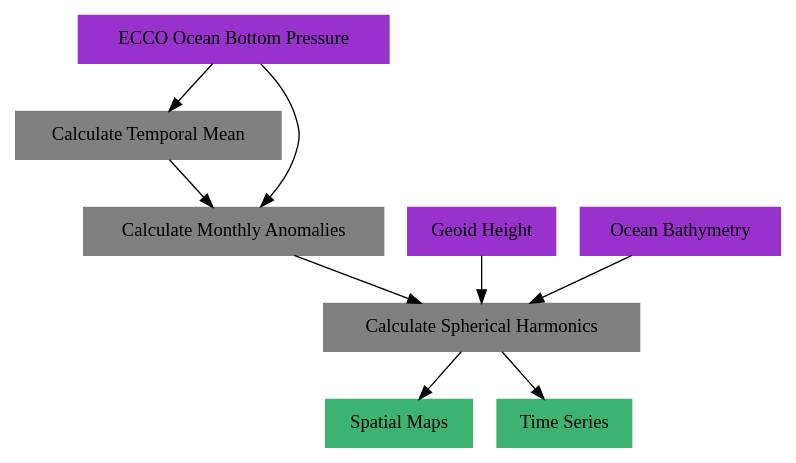
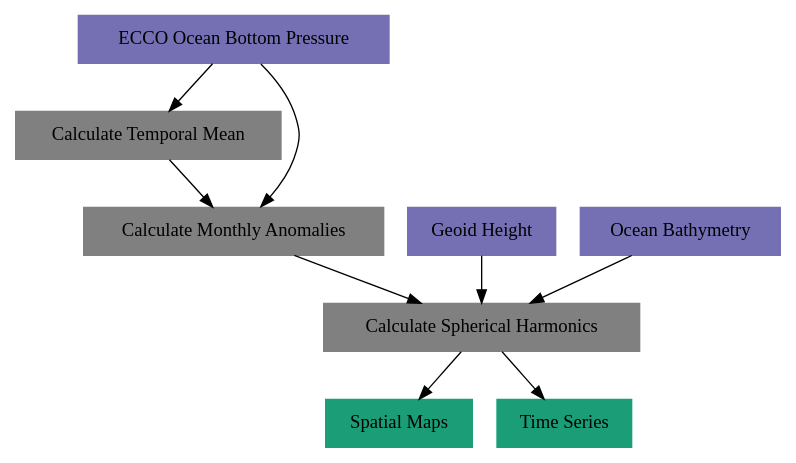
One commit to tsutterley/model-harmonics changed the first of 5 diagrams in doc/source/getting_started/Overview.rst. Above: the diagram before and after it, drawn with Graphviz. The commit also changed other lines of this file and 6 other files, not shown here.

```diff
--- a/doc/source/getting_started/Overview.rst
+++ b/doc/source/getting_started/Overview.rst
@@ -38,27 +38,27 @@
 .. graphviz::
     :caption: ECCO Spherical Harmonics Framework
     :align: center
 
     digraph {
-        E [label="ECCO Ocean Bottom Pressure" shape=box style="filled" color="darkorchid"]
-        N [label="Geoid Height" shape=box style="filled" color="darkorchid"]
-        B [label="Ocean Bathymetry" shape=box style="filled" color="darkorchid"]
+        E [label="ECCO Ocean Bottom Pressure" shape=box style="filled" color="#7570b3"]
+        N [label="Geoid Height" shape=box style="filled" color="#7570b3"]
+        B [label="Ocean Bathymetry" shape=box style="filled" color="#7570b3"]
         M [URL="https://github.com/tsutterley/model-harmonics/blob/main/ECCO/ecco_mean_realtime.py"
             label="Calculate Temporal Mean" shape=box style="filled" color="gray"]
         R [URL="https://github.com/tsutterley/model-harmonics/blob/main/ECCO/ecco_read_realtime.py"
             label="Calculate Monthly Anomalies" shape=box style="filled" color="gray"]
         H [URL="https://github.com/tsutterley/model-harmonics/blob/main/ECCO/ecco_monthly_harmonics.py"
             label="Calculate Spherical Harmonics" shape=box style="filled" color="gray"]
-        S [URL="https://github.com/tsutterley/read-GRACE-harmonics/blob/main/scripts/combine_harmonics.py"
-            label="Spatial Maps" shape=box style="filled" color="mediumseagreen"]
+        S [URL="https://github.com/tsutterley/gravity-toolkit/blob/main/scripts/combine_harmonics.py"
+            label="Spatial Maps" shape=box style="filled" color="#1b9e77"]
         T [URL="https://github.com/tsutterley/model-harmonics/blob/main/scripts/least_squares_mascon_timeseries.py"
-            label="Time Series" shape=box style="filled" color="mediumseagreen"]
+            label="Time Series" shape=box style="filled" color="#1b9e77"]
         E -> M
         M -> R
         E -> R
         R -> H
         N -> H
         B -> H
         H -> S
         H -> T
     }
```
